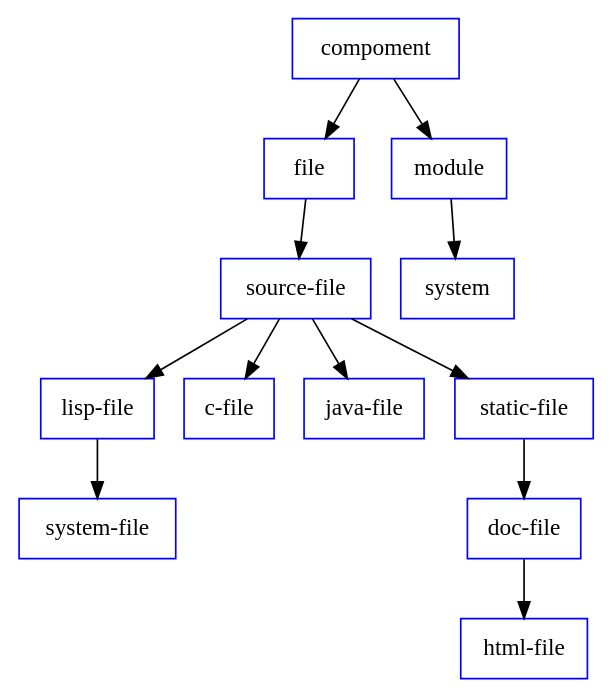
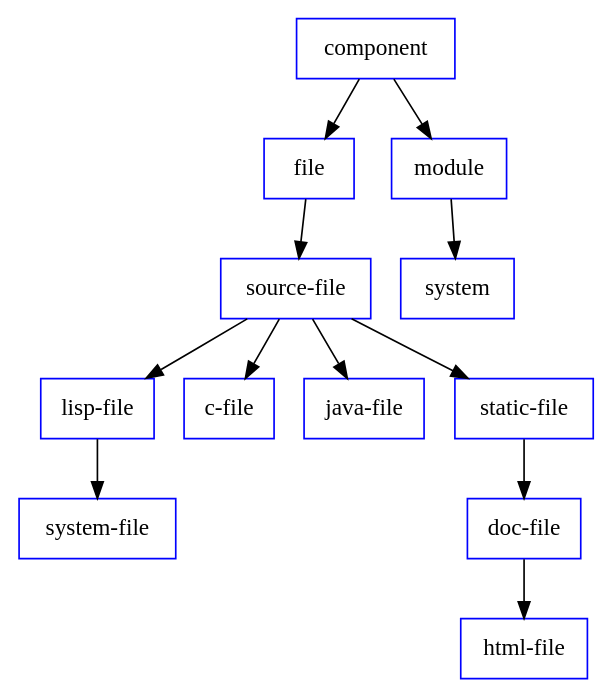
One commit to didierverna/declt changed the diagram in doc/components.dot. Above: the diagram before and after it, drawn with Graphviz. The commit also changed 1 other file, not shown here.

```diff
--- a/doc/components.dot
+++ b/doc/components.dot
@@ -1,21 +1,21 @@
 strict digraph
 {
   margin = 0;
   rankdir = TD;
   node [ shape = box color = blue ]
 
   { rank = same "lisp-file" "c-file" "java-file" "static-file" }
 
-  "compoment" -> "file";
+  "component" -> "file";
   "file" -> "source-file";
   "source-file" -> "lisp-file";
   "lisp-file" -> "system-file";
   "source-file" -> "c-file";
   "source-file" -> "java-file";
   "source-file" -> "static-file";
   "static-file" -> "doc-file";
   "doc-file" -> "html-file";
 
-  "compoment" -> "module";
+  "component" -> "module";
   "module" -> "system";
 }
```
